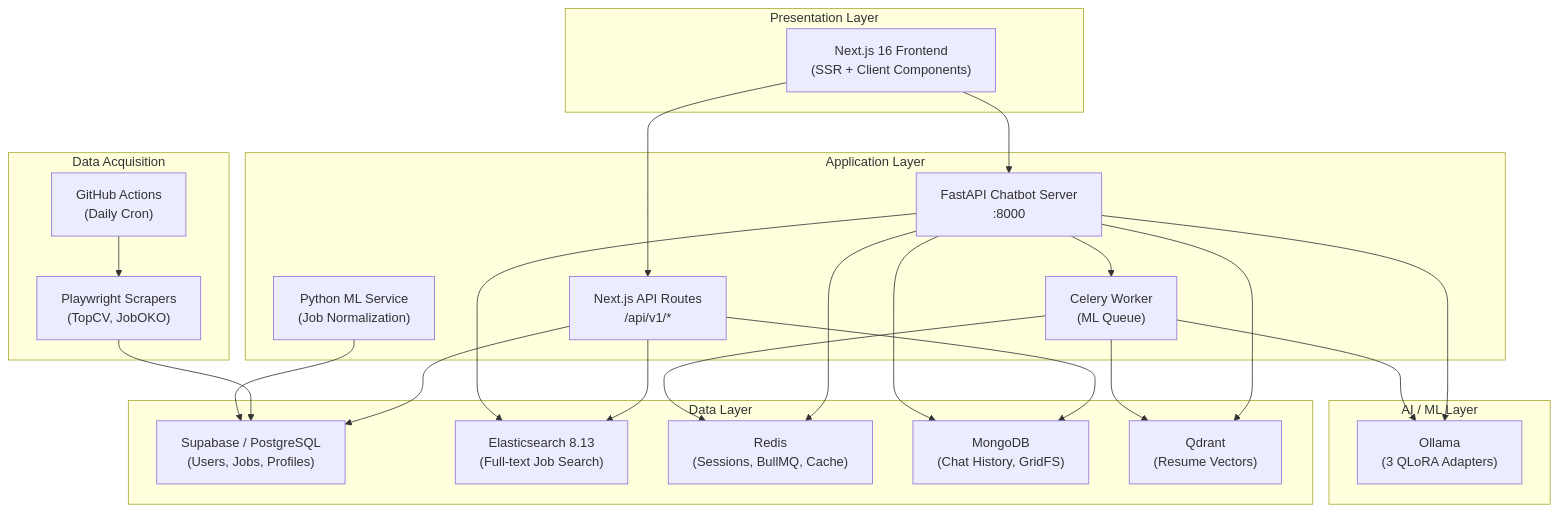
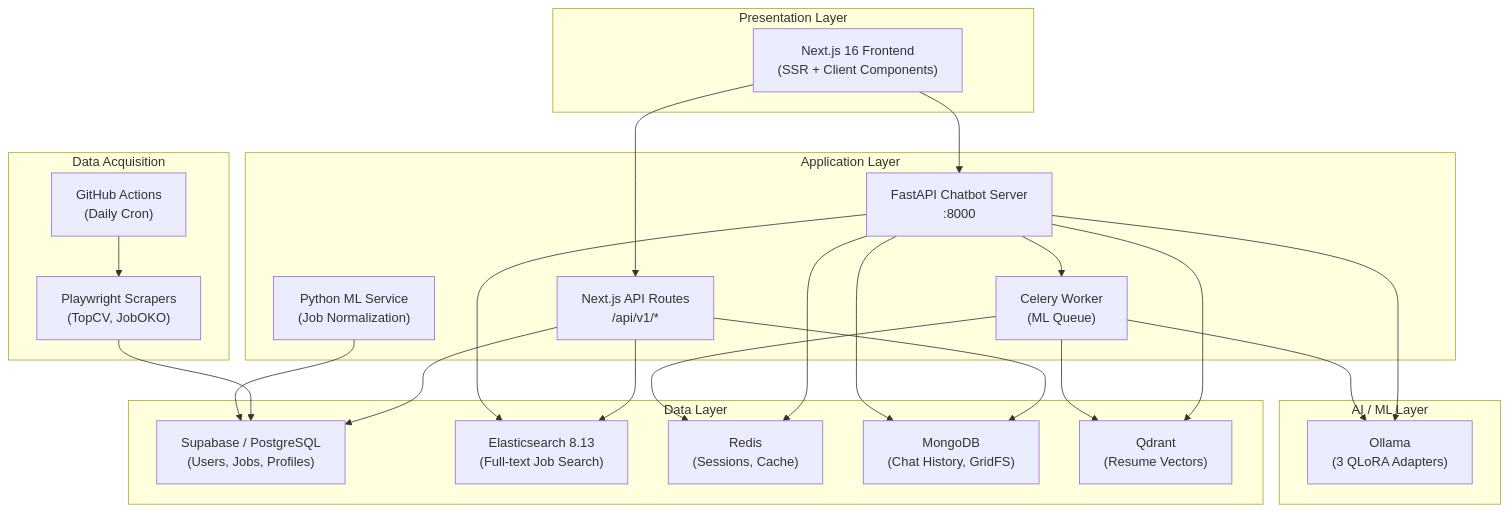
Before and after one commit to Vinhnguyen1227/Job-Market-Analytics-Platform: the first of 8 diagrams in memory-bank/thesis_project_guide.md, drawn with Mermaid. The commit also changed other lines of this file and 21 other files, not shown here.

````diff
--- a/memory-bank/thesis_project_guide.md
+++ b/memory-bank/thesis_project_guide.md
@@ -27,48 +36,48 @@
 ```mermaid
 graph TB
     subgraph "Presentation Layer"
         FE["Next.js 16 Frontend<br>(SSR + Client Components)"]
     end
 
     subgraph "Application Layer"
         API["Next.js API Routes<br>/api/v1/*"]
         CHATBOT_API["FastAPI Chatbot Server<br>:8000"]
         CELERY["Celery Worker<br>(ML Queue)"]
         ML_SVC["Python ML Service<br>(Job Normalization)"]
     end
 
     subgraph "Data Layer"
         PG["Supabase / PostgreSQL<br>(Users, Jobs, Profiles)"]
         ES["Elasticsearch 8.13<br>(Full-text Job Search)"]
-        REDIS["Redis<br>(Sessions, BullMQ, Cache)"]
+        REDIS["Redis<br>(Sessions, Cache)"]
         MONGO["MongoDB<br>(Chat History, GridFS)"]
         QDRANT["Qdrant<br>(Resume Vectors)"]
     end
 
     subgraph "AI / ML Layer"
         OLLAMA["Ollama<br>(3 QLoRA Adapters)"]
     end
 
     subgraph "Data Acquisition"
         SCRAPER["Playwright Scrapers<br>(TopCV, JobOKO)"]
         GITHUB["GitHub Actions<br>(Daily Cron)"]
     end
 
     FE --> API
     FE --> CHATBOT_API
     API --> PG
     API --> ES
     API --> MONGO
     CHATBOT_API --> OLLAMA
     CHATBOT_API --> REDIS
     CHATBOT_API --> MONGO
     CHATBOT_API --> ES
     CHATBOT_API --> QDRANT
     CHATBOT_API --> CELERY
     CELERY --> QDRANT
     CELERY --> OLLAMA
     CELERY --> REDIS
     GITHUB --> SCRAPER
     SCRAPER --> PG
     ML_SVC --> PG
 ```
````
